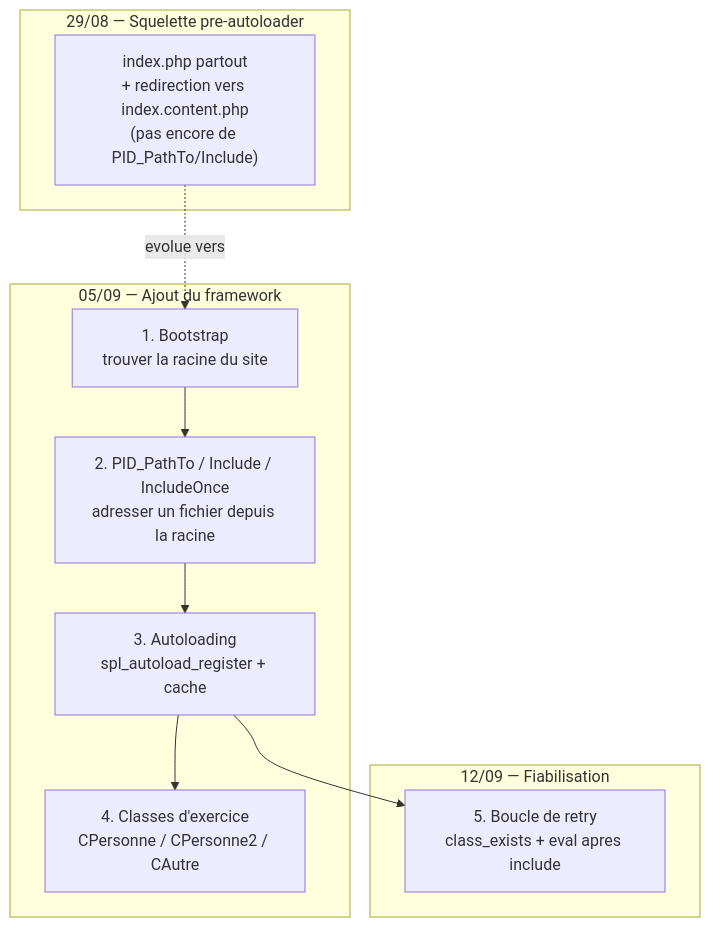
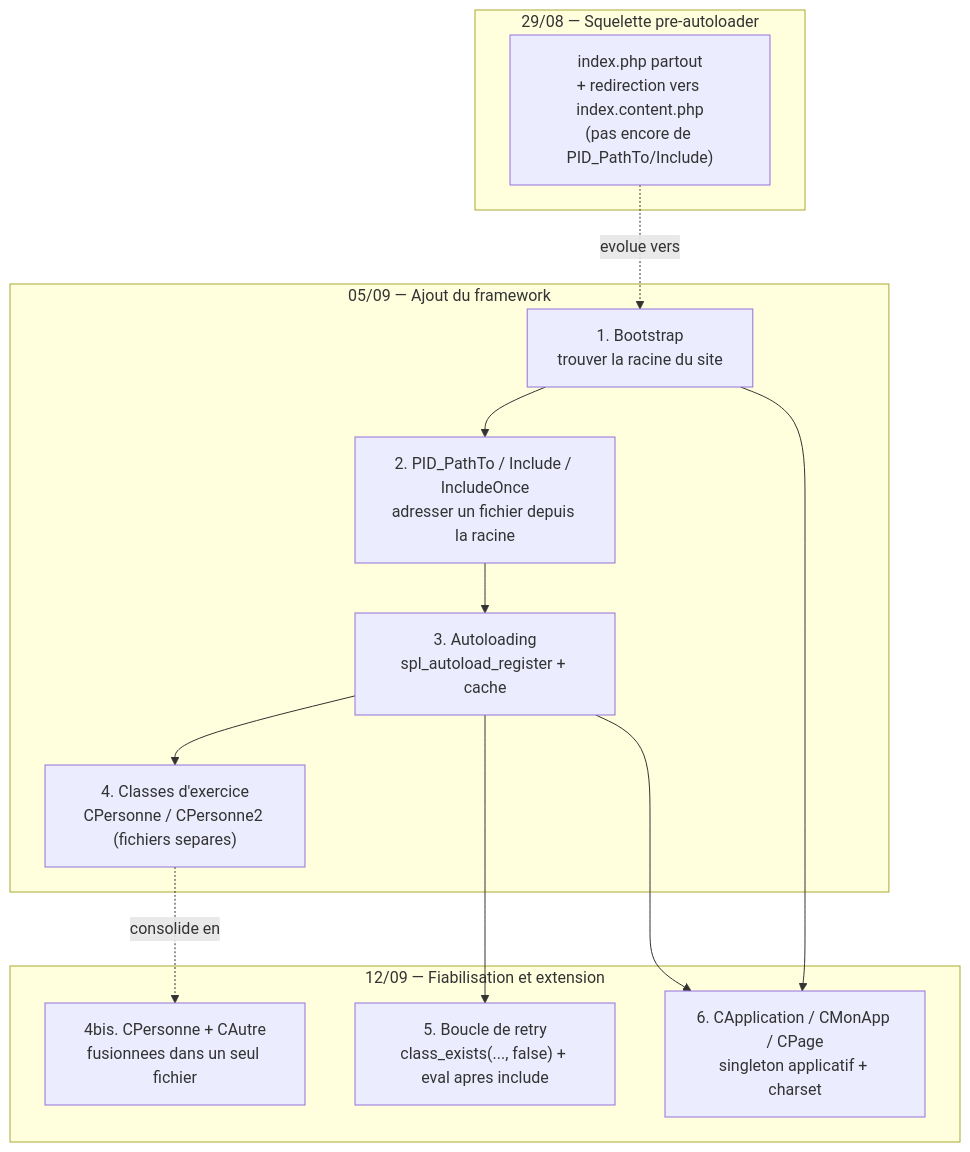
Before and after one commit to ernesthdj/PID: the diagram in docs/academique/MOC — PID.md, drawn with Mermaid. The commit also changed other lines of this file and 20 other files, not shown here.

````diff
--- a/docs/academique/MOC — PID.md
+++ b/docs/academique/MOC — PID.md
@@ -14,18 +16,23 @@
 ```mermaid
 flowchart TD
     subgraph "29/08 — Squelette pre-autoloader"
         S0["index.php partout<br/>+ redirection vers index.content.php<br/>(pas encore de PID_PathTo/Include)"]
     end
     subgraph "05/09 — Ajout du framework"
         B["1. Bootstrap<br/>trouver la racine du site"]
         U["2. PID_PathTo / Include / IncludeOnce<br/>adresser un fichier depuis la racine"]
         A["3. Autoloading<br/>spl_autoload_register + cache"]
-        P["4. Classes d'exercice<br/>CPersonne / CPersonne2 / CAutre"]
+        P["4. Classes d'exercice<br/>CPersonne / CPersonne2 (fichiers separes)"]
         B --> U --> A --> P
     end
-    subgraph "12/09 — Fiabilisation"
-        R["5. Boucle de retry<br/>class_exists + eval apres include"]
+    subgraph "12/09 — Fiabilisation et extension"
+        R["5. Boucle de retry<br/>class_exists(..., false) + eval apres include"]
+        CA["6. CApplication / CMonApp / CPage<br/>singleton applicatif + charset"]
+        POO2["4bis. CPersonne + CAutre<br/>fusionnees dans un seul fichier"]
     end
     S0 -.evolue vers.-> B
     A --> R
+    P -.consolide en.-> POO2
+    B --> CA
+    A --> CA
 ```
````
